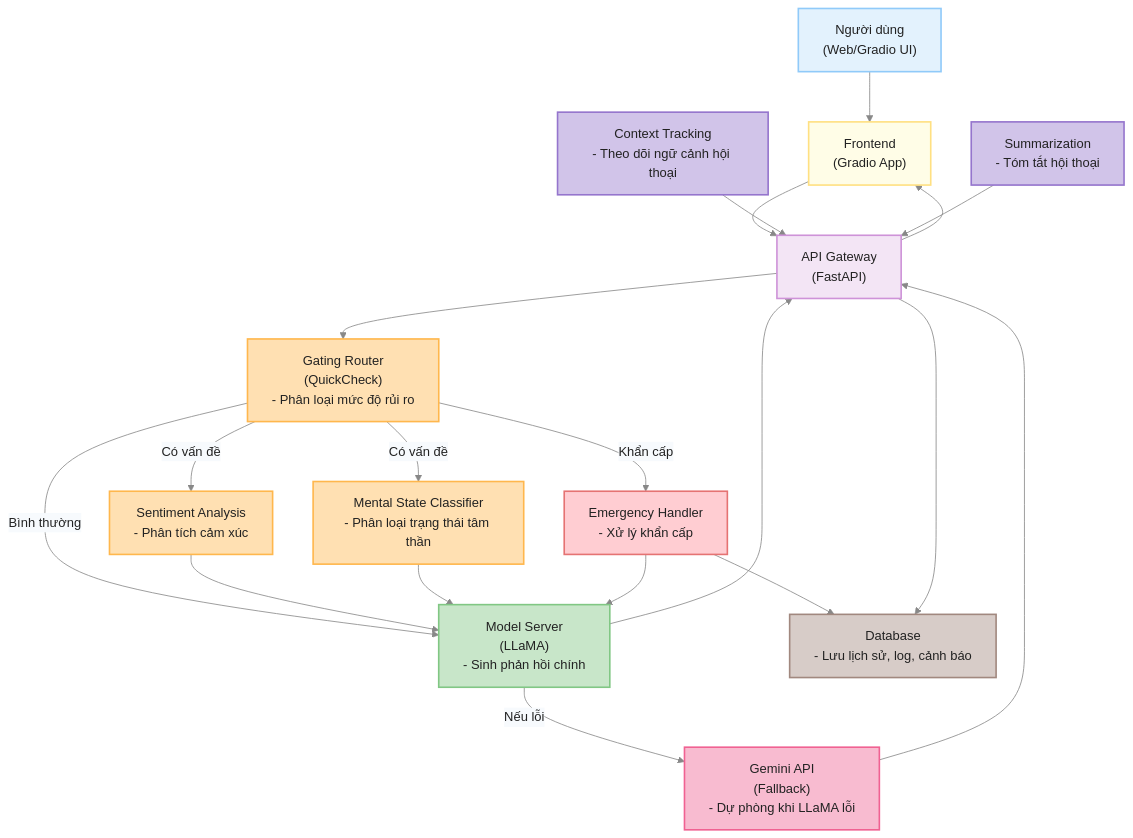
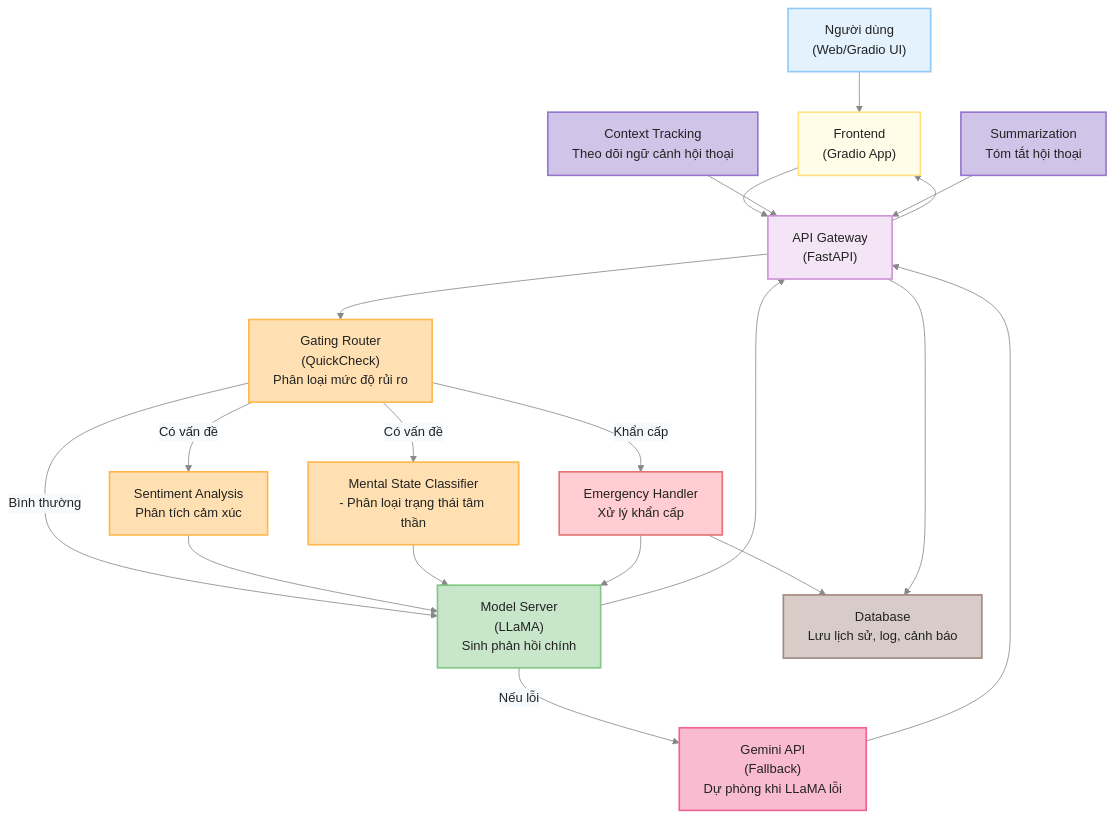
The diagram in README.md (VuHa123/DoAnTotNghiep), drawn with Mermaid before and after one commit.

````diff
--- a/README.md
+++ b/README.md
@@ -12,48 +12,48 @@
 ```mermaid
 %%{init: { 'theme': 'base', 'themeVariables': { 'background': '#f7fafd', 'fontFamily': 'Inter, Arial', 'fontSize': '16px', 'fontWeight': 'bold', 'primaryTextColor': '#222', 'nodeTextColor': '#222', 'lineColor': '#888', 'edgeLabelBackground':'#f7fafd' } } }%%
 flowchart TD
     User["Người dùng<br/>(Web/Gradio UI)"]
     Frontend["Frontend<br/>(Gradio App)"]
     APIGW["API Gateway<br/>(FastAPI)"]
-    Gating["Gating Router<br/>(QuickCheck)<br/>- Phân loại mức độ rủi ro"]
-    Sentiment["Sentiment Analysis<br/>- Phân tích cảm xúc"]
+    Gating["Gating Router<br/>(QuickCheck)<br/>Phân loại mức độ rủi ro"]
+    Sentiment["Sentiment Analysis<br/>Phân tích cảm xúc"]
     Mental["Mental State Classifier<br/>- Phân loại trạng thái tâm thần"]
-    Emergency["Emergency Handler<br/>- Xử lý khẩn cấp"]
-    ModelLLaMA["Model Server<br/>(LLaMA)<br/>- Sinh phản hồi chính"]
-    ModelGemini["Gemini API<br/>(Fallback)<br/>- Dự phòng khi LLaMA lỗi"]
-    DB["Database<br/>- Lưu lịch sử, log, cảnh báo"]
-    Context["Context Tracking<br/>- Theo dõi ngữ cảnh hội thoại"]
-    Summarizer["Summarization<br/>- Tóm tắt hội thoại"]
+    Emergency["Emergency Handler<br/>Xử lý khẩn cấp"]
+    ModelLLaMA["Model Server<br/>(LLaMA)<br/>Sinh phản hồi chính"]
+    ModelGemini["Gemini API<br/>(Fallback)<br/>Dự phòng khi LLaMA lỗi"]
+    DB["Database<br/>Lưu lịch sử, log, cảnh báo"]
+    Context["Context Tracking<br/>Theo dõi ngữ cảnh hội thoại"]
+    Summarizer["Summarization<br/>Tóm tắt hội thoại"]
 
     User --> Frontend
     Frontend --> APIGW
     APIGW --> Gating
     Gating -- "Bình thường" --> ModelLLaMA
     Gating -- "Có vấn đề" --> Sentiment
     Gating -- "Có vấn đề" --> Mental
     Gating -- "Khẩn cấp" --> Emergency
     Sentiment --> ModelLLaMA
     Mental --> ModelLLaMA
     Emergency --> ModelLLaMA
     Emergency --> DB
     ModelLLaMA -- "Nếu lỗi" --> ModelGemini
     ModelLLaMA --> APIGW
     ModelGemini --> APIGW
     APIGW --> DB
     Context --> APIGW
     Summarizer --> APIGW
     APIGW --> Frontend
     %% Style
     style User fill:#e3f2fd,stroke:#90caf9,stroke-width:2px,color:#222
     style Frontend fill:#fffde7,stroke:#ffe082,stroke-width:2px,color:#222
     style APIGW fill:#f3e5f5,stroke:#ce93d8,stroke-width:2px,color:#222
     style Gating fill:#ffe0b2,stroke:#ffb74d,stroke-width:2px,color:#222
     style Sentiment fill:#ffe0b2,stroke:#ffb74d,stroke-width:2px,color:#222
     style Mental fill:#ffe0b2,stroke:#ffb74d,stroke-width:2px,color:#222
     style Emergency fill:#ffcdd2,stroke:#e57373,stroke-width:2px,color:#222
     style ModelLLaMA fill:#c8e6c9,stroke:#81c784,stroke-width:2px,color:#222
     style ModelGemini fill:#f8bbd0,stroke:#f06292,stroke-width:2px,color:#222
     style DB fill:#d7ccc8,stroke:#a1887f,stroke-width:2px,color:#222
     style Context fill:#d1c4e9,stroke:#9575cd,stroke-width:2px,color:#222
     style Summarizer fill:#d1c4e9,stroke:#9575cd,stroke-width:2px,color:#222
 ```
````
